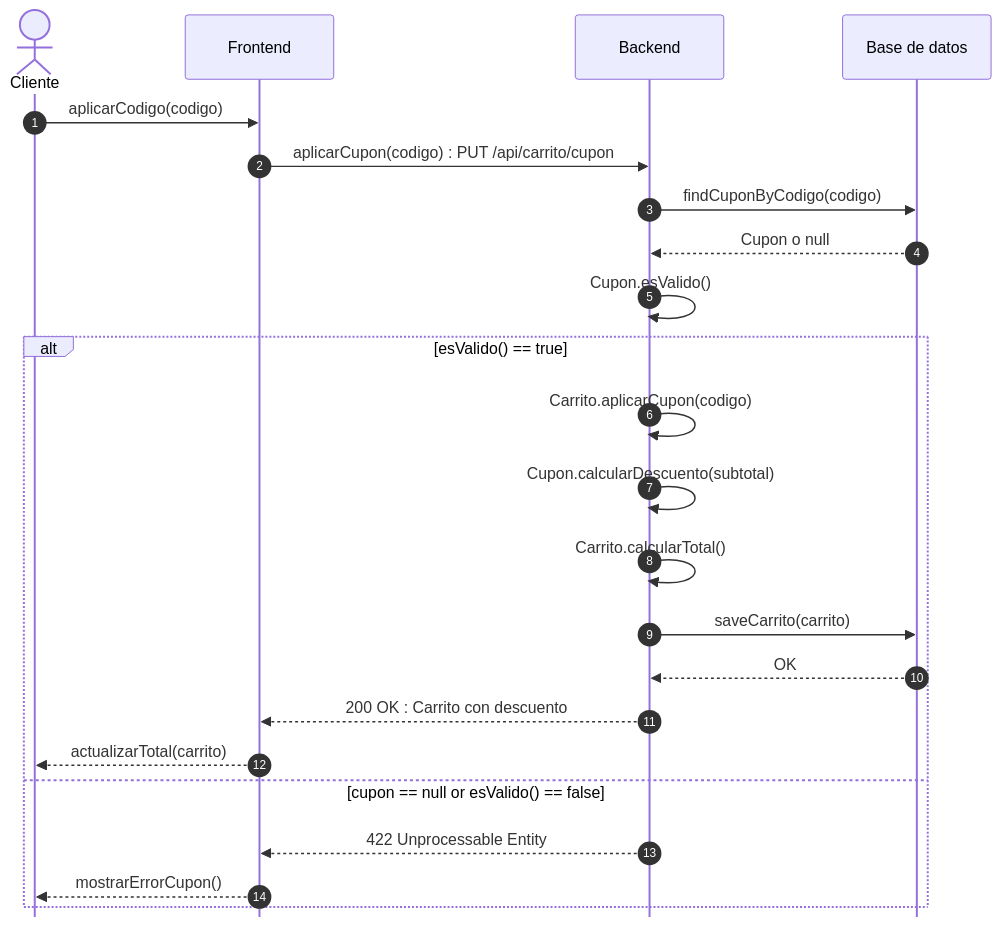
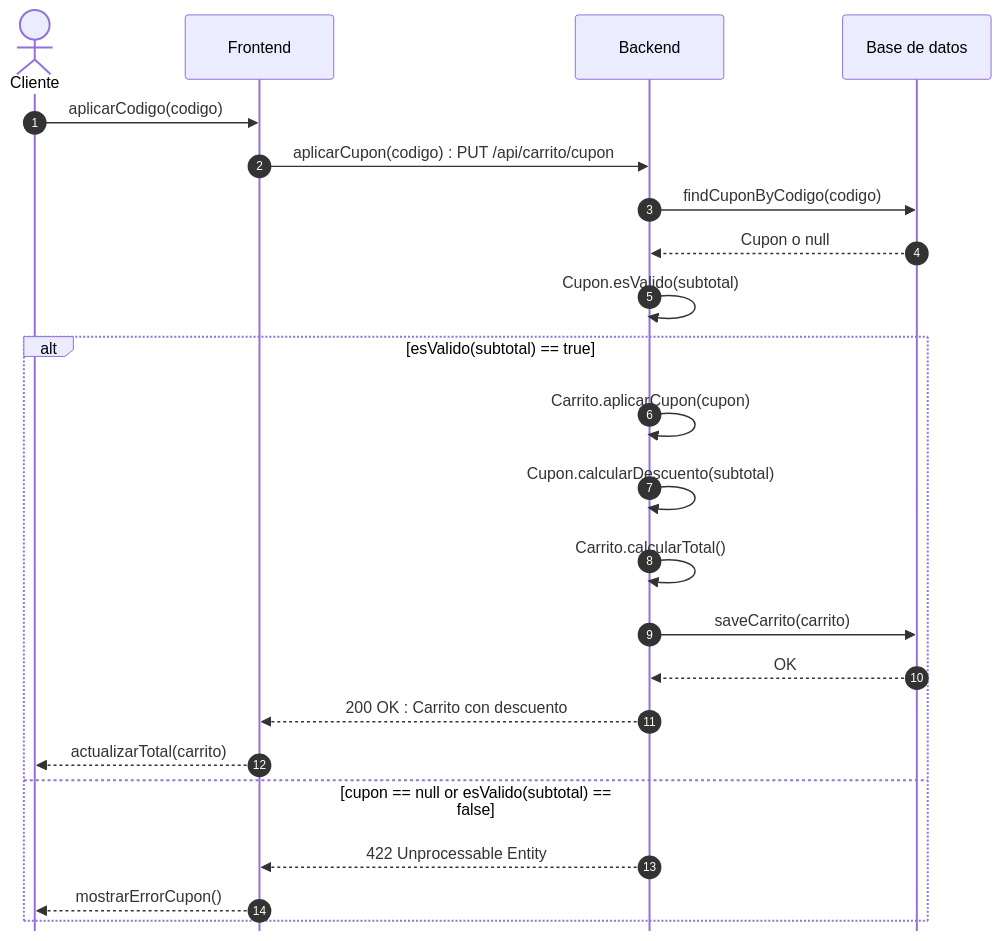
Before and after one commit to ajgarciarias10/PR3GPS: the diagram in Practica3_G11_LaTeX/codigo/sec_us09.mmd, drawn with Mermaid. The commit also changed 27 other files, not shown here.

First line of the commit message:
fix(bloque3): alinear diagramas de secuencia con el diagrama de clases final

```diff
--- a/Practica3_G11_LaTeX/codigo/sec_us09.mmd
+++ b/Practica3_G11_LaTeX/codigo/sec_us09.mmd
@@ -1,24 +1,24 @@
 %%{init: {'sequence': {'mirrorActors': false}}}%%
 sequenceDiagram
     autonumber
     actor U as Cliente
     participant FE as Frontend
     participant BE as Backend
     participant DB as Base de datos
     U->>FE: aplicarCodigo(codigo)
     FE->>BE: aplicarCupon(codigo) : PUT /api/carrito/cupon
     BE->>DB: findCuponByCodigo(codigo)
     DB-->>BE: Cupon o null
-    BE->>BE: Cupon.esValido()
-    alt esValido() == true
-        BE->>BE: Carrito.aplicarCupon(codigo)
+    BE->>BE: Cupon.esValido(subtotal)
+    alt esValido(subtotal) == true
+        BE->>BE: Carrito.aplicarCupon(cupon)
         BE->>BE: Cupon.calcularDescuento(subtotal)
         BE->>BE: Carrito.calcularTotal()
         BE->>DB: saveCarrito(carrito)
         DB-->>BE: OK
         BE-->>FE: 200 OK : Carrito con descuento
         FE-->>U: actualizarTotal(carrito)
-    else cupon == null or esValido() == false
+    else cupon == null or esValido(subtotal) == false
         BE-->>FE: 422 Unprocessable Entity
         FE-->>U: mostrarErrorCupon()
     end
```
